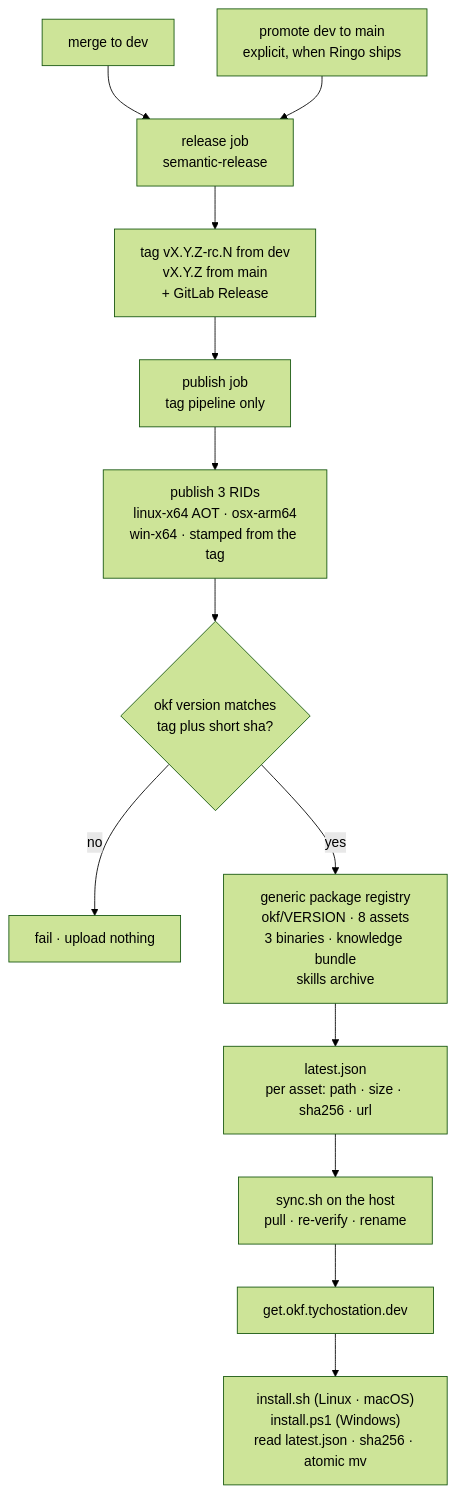
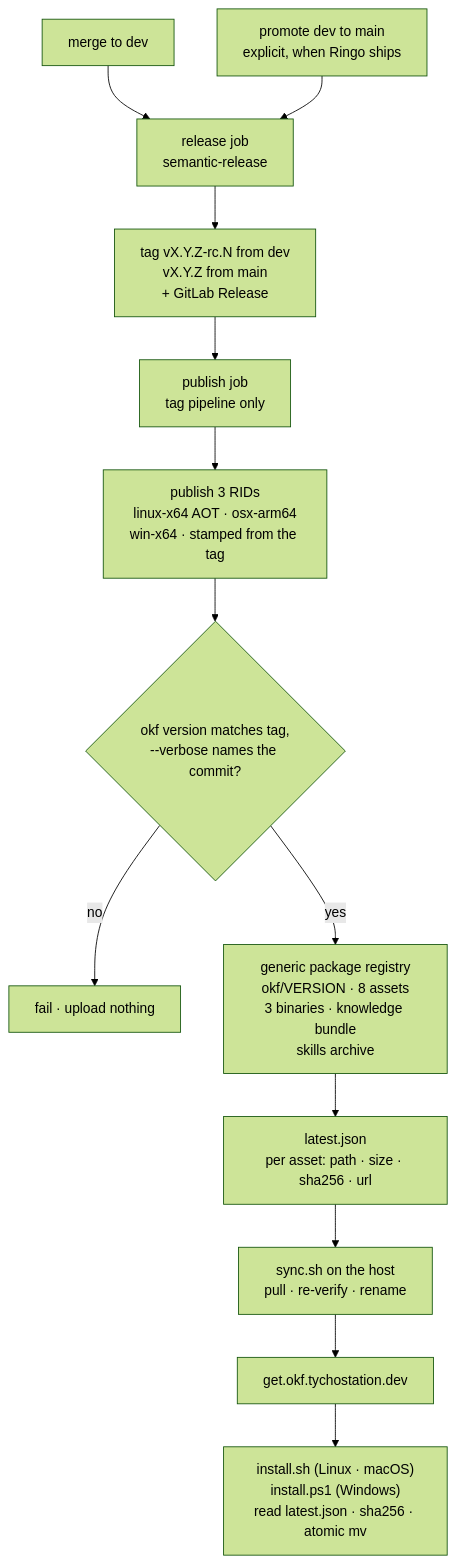
The fifth of 7 diagrams in docs/architecture.md (georgepharrison/okf-net), drawn with Mermaid (forest theme) before and after one commit. The commit also changed other lines of this file and 7 other files, not shown here.

````diff
--- a/docs/architecture.md
+++ b/docs/architecture.md
@@ -945,15 +953,15 @@
 ```mermaid
 flowchart TB
     merge["merge to dev"] --> rel["release job<br/>semantic-release"]
     promote["promote dev to main<br/>explicit, when Ringo ships"] --> rel
     rel --> tag["tag vX.Y.Z-rc.N from dev<br/>vX.Y.Z from main<br/>+ GitLab Release"]
     tag --> pub["publish job<br/>tag pipeline only"]
     pub --> build["publish 3 RIDs<br/>linux-x64 AOT · osx-arm64<br/>win-x64 · stamped from the tag"]
-    build --> gate{"okf version matches<br/>tag plus short sha?"}
+    build --> gate{"okf version matches tag,<br/>--verbose names the commit?"}
     gate -- no --> stop["fail · upload nothing"]
     gate -- yes --> reg["generic package registry<br/>okf/VERSION · 8 assets<br/>3 binaries · knowledge bundle<br/>skills archive"]
     reg --> man["latest.json<br/>per asset: path · size · sha256 · url"]
     man --> sync["sync.sh on the host<br/>pull · re-verify · rename"]
     sync --> host["get.okf.tychostation.dev"]
     host --> inst["install.sh (Linux · macOS)<br/>install.ps1 (Windows)<br/>read latest.json · sha256 · atomic mv"]
 ```
````
